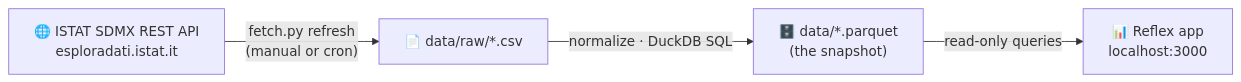
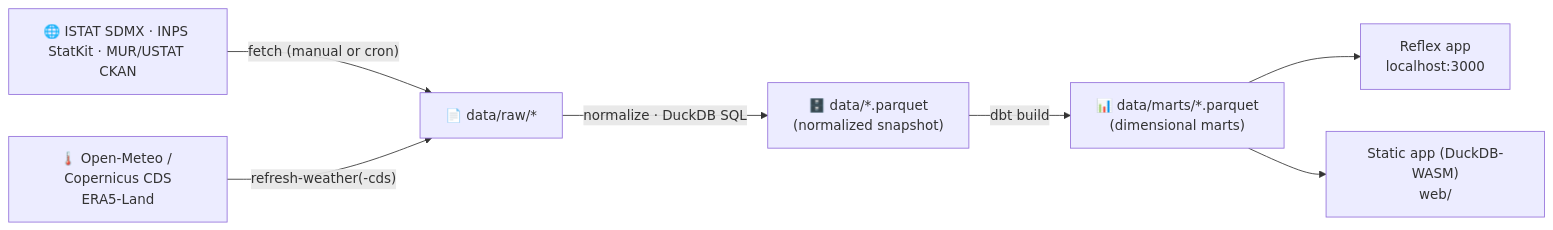
One commit to montanarograziano/italy-dashboard changed the diagram in README.md. Above: the diagram before and after it, drawn with Mermaid. The commit also changed other lines of this file and 26 other files, not shown here.

````diff
--- a/README.md
+++ b/README.md
@@ -47,6 +62,9 @@
 ```mermaid
 flowchart LR
-    A["🌐 ISTAT SDMX REST API<br/>esploradati.istat.it"] -->|"fetch.py refresh<br/>(manual or cron)"| B["📄 data/raw/*.csv"]
-    B -->|normalize · DuckDB SQL| C["🗄️ data/*.parquet<br/>(the snapshot)"]
-    C -->|read-only queries| D["📊 Reflex app<br/>localhost:3000"]
+    A["🌐 ISTAT SDMX · INPS StatKit · MUR/USTAT CKAN"] -->|"fetch (manual or cron)"| B["📄 data/raw/*"]
+    W["🌡️ Open-Meteo / Copernicus CDS<br/>ERA5-Land"] -->|"refresh-weather(-cds)"| B
+    B -->|"normalize · DuckDB SQL"| C["🗄️ data/*.parquet<br/>(normalized snapshot)"]
+    C -->|"dbt build"| M["📊 data/marts/*.parquet<br/>(dimensional marts)"]
+    M --> D["Reflex app<br/>localhost:3000"]
+    M --> S["Static app (DuckDB-WASM)<br/>web/"]
 ```
````
